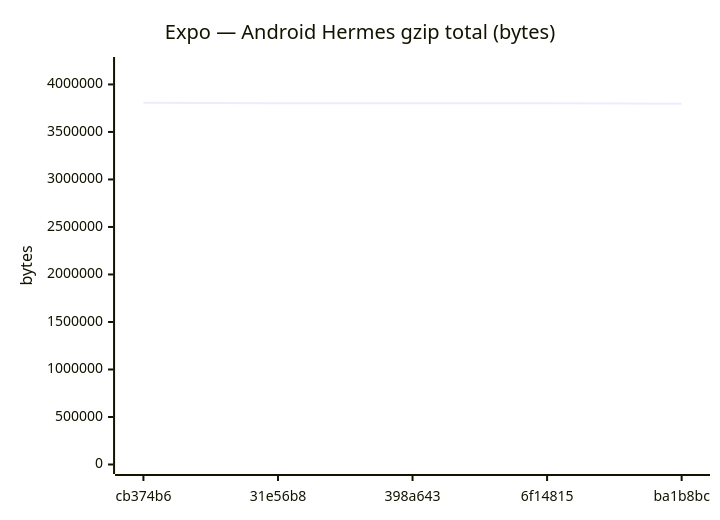
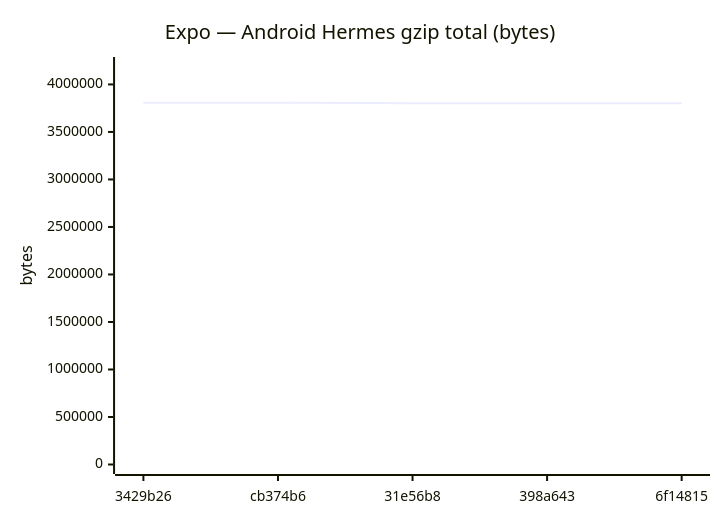
One commit to Metaheurist/Rianell changed diagram 11 of 18 in benchmarks/compare.md. Above: the diagram before and after it, drawn with Mermaid. The commit also changed other lines of this file and 11 other files, not shown here.

````diff
--- a/benchmarks/compare.md
+++ b/benchmarks/compare.md
@@ -172,7 +172,7 @@
 ```mermaid
 xychart-beta
     title "Expo — Android Hermes gzip total (bytes)"
-    x-axis ["cb374b6", "31e56b8", "398a643", "6f14815", "ba1b8bc"]
+    x-axis ["3429b26", "cb374b6", "31e56b8", "398a643", "6f14815"]
     y-axis "bytes" 0 --> 4188742
-    line [3807947, 3802529, 3802528, 3802527, 3796378]
+    line [3807947, 3807947, 3802529, 3802528, 3802527]
 ```
````
